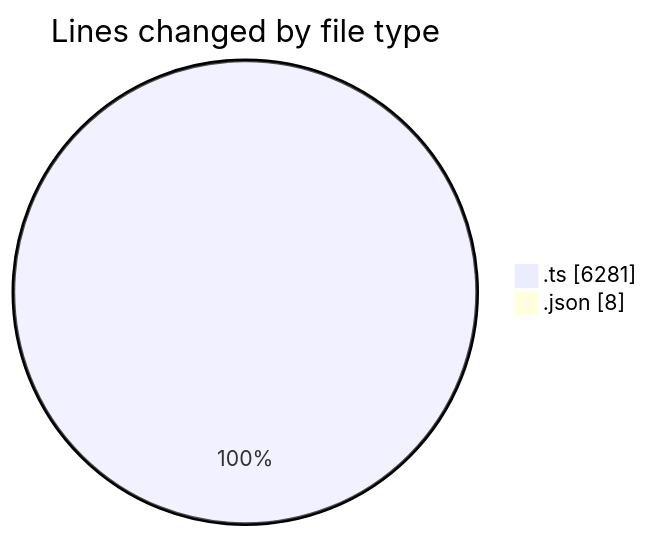
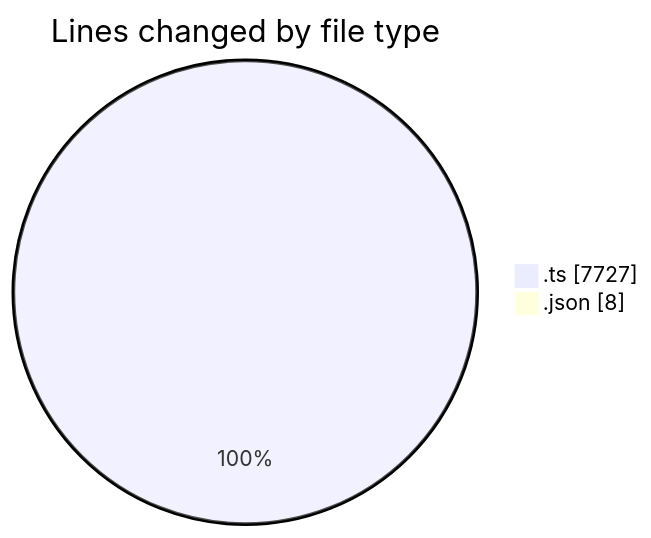
One commit to momahboobian/code-tracking changed the first of 2 diagrams in 2026-07-31/broadcaster-playout-dashboard/README.md. Above: the diagram before and after it, drawn with Mermaid. The commit also changed other lines of this file and 1 other file, not shown here.

````diff
--- a/2026-07-31/broadcaster-playout-dashboard/README.md
+++ b/2026-07-31/broadcaster-playout-dashboard/README.md
@@ -34,6 +38,6 @@
 ```mermaid
 pie showData
 title Lines changed by file type
-".ts" : 6281
+".ts" : 7727
 ".json" : 8
 ```
````
